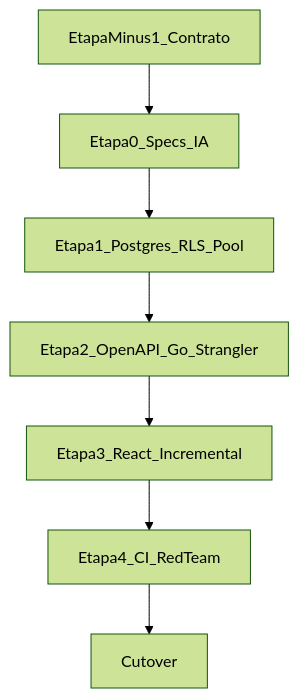
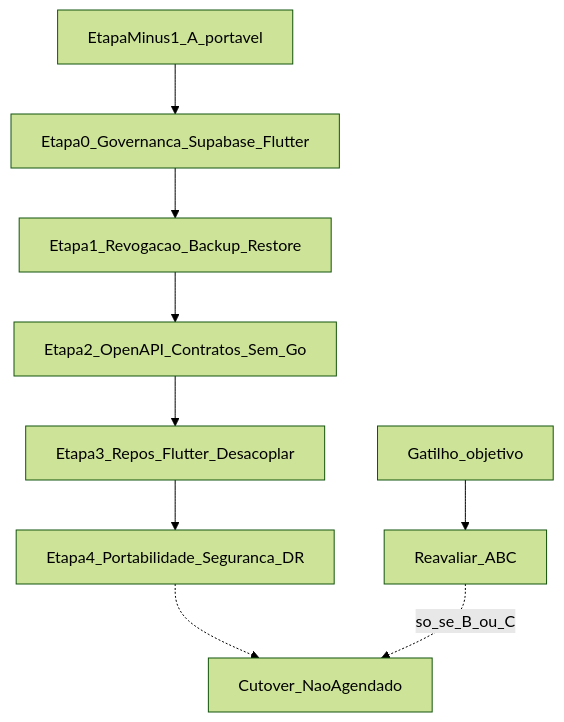
The diagram in docs/governance/proposals/phase11_enterprise_pivot.md (Batista94/VeraProb), drawn with Mermaid (forest theme) before and after one commit. The commit also changed other lines of this file and 8 other files, not shown here.

First line of the commit message:
docs(governance): close Etapa -1 A portavel

````diff
--- a/docs/governance/proposals/phase11_enterprise_pivot.md
+++ b/docs/governance/proposals/phase11_enterprise_pivot.md
@@ -24,11 +29,16 @@
 ```mermaid
 flowchart TD
-  Em1[EtapaMinus1_Contrato]
-  E0[Etapa0_Specs_IA]
-  E1[Etapa1_Postgres_RLS_Pool]
-  E2[Etapa2_OpenAPI_Go_Strangler]
-  E3[Etapa3_React_Incremental]
-  E4[Etapa4_CI_RedTeam]
-  Cut[Cutover]
-  Em1 --> E0 --> E1 --> E2 --> E3 --> E4 --> Cut
+  Em1[EtapaMinus1_A_portavel]
+  E0[Etapa0_Governanca_Supabase_Flutter]
+  E1[Etapa1_Revogacao_Backup_Restore]
+  E2[Etapa2_OpenAPI_Contratos_Sem_Go]
+  E3[Etapa3_Repos_Flutter_Desacoplar]
+  E4[Etapa4_Portabilidade_Seguranca_DR]
+  Cut[Cutover_NaoAgendado]
+  Trigger[Gatilho_objetivo]
+  Reeval[Reavaliar_ABC]
+  Em1 --> E0 --> E1 --> E2 --> E3 --> E4
+  E4 -.-> Cut
+  Trigger --> Reeval
+  Reeval -.->|so_se_B_ou_C| Cut
 ```
````
